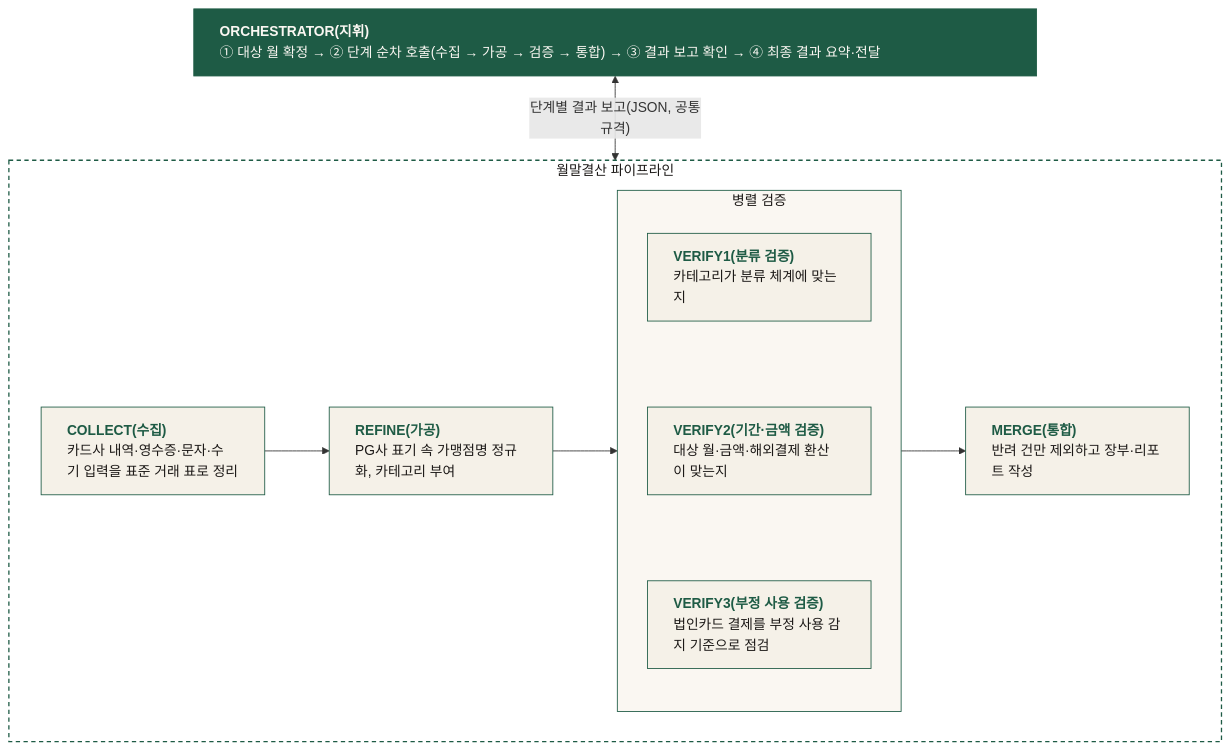
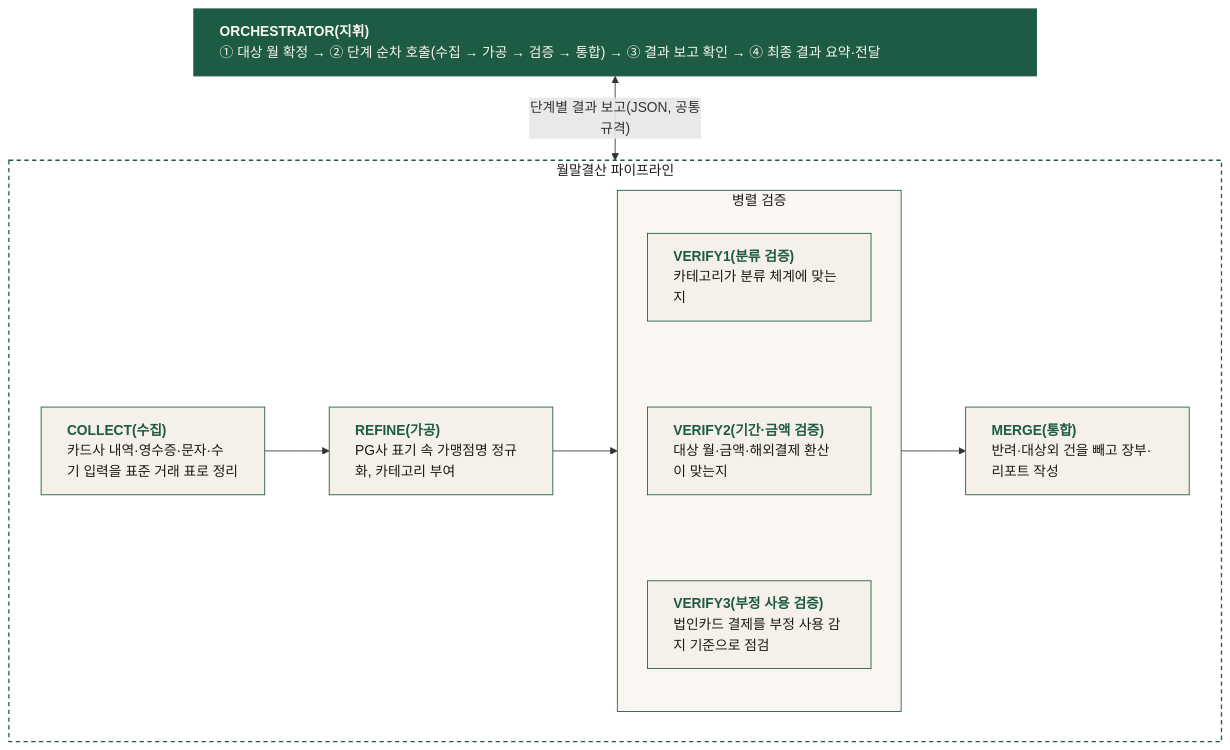
Before and after one commit to team-T6/ledger-flow: the diagram in docs/proposal.md, drawn with Mermaid. The commit also changed other lines of this file and 2 other files, not shown here.

First line of the commit message:
docs: 9/1 파이프라인 변경 반영 — 대상외 자동 제외·결제구분 미확정·카드 구분 등록

````diff
--- a/docs/proposal.md
+++ b/docs/proposal.md
@@ -30,29 +30,29 @@
 ```mermaid
 flowchart TD
     ORCH["<div style='text-align:left;min-width:920px'><b style='color:#FAF7F2'>ORCHESTRATOR(지휘)</b><br/><span style='white-space:nowrap;color:#FAF7F2'>① 대상 월 확정 → ② 단계 순차 호출(수집 → 가공 → 검증 → 통합) → ③ 결과 보고 확인 → ④ 최종 결과 요약·전달</span></div>"]
 
     subgraph PIPELINE["월말결산 파이프라인"]
         direction LR
         COLLECT["<div style='text-align:left'><b style='color:#1E5B45'>COLLECT(수집)</b><br/><span style='color:#1C1917'>카드사 내역·영수증·문자·수기 입력을 표준 거래 표로 정리</span></div>"]
         REFINE["<div style='text-align:left'><b style='color:#1E5B45'>REFINE(가공)</b><br/><span style='color:#1C1917'>PG사 표기 속 가맹점명 정규화, 카테고리 부여</span></div>"]
         subgraph VERIFY["병렬 검증"]
             direction TB
             V1["<div style='text-align:left'><b style='color:#1E5B45'>VERIFY1(분류 검증)</b><br/><span style='color:#1C1917'>카테고리가 분류 체계에 맞는지</span></div>"]
             V2["<div style='text-align:left'><b style='color:#1E5B45'>VERIFY2(기간·금액 검증)</b><br/><span style='color:#1C1917'>대상 월·금액·해외결제 환산이 맞는지</span></div>"]
             V3["<div style='text-align:left'><b style='color:#1E5B45'>VERIFY3(부정 사용 검증)</b><br/><span style='color:#1C1917'>법인카드 결제를 부정 사용 감지 기준으로 점검</span></div>"]
             V1 ~~~ V2 ~~~ V3
         end
-        MERGE["<div style='text-align:left'><b style='color:#1E5B45'>MERGE(통합)</b><br/><span style='color:#1C1917'>반려 건만 제외하고 장부·리포트 작성</span></div>"]
+        MERGE["<div style='text-align:left'><b style='color:#1E5B45'>MERGE(통합)</b><br/><span style='color:#1C1917'>반려·대상외 건을 빼고 장부·리포트 작성</span></div>"]
 
         COLLECT --> REFINE --> VERIFY --> MERGE
     end
 
     ORCH <-->|"단계별 결과 보고(JSON, 공통규격)"| PIPELINE
 
     classDef stage fill:#F5F1E8,stroke:#1E5B45,stroke-width:1px,color:#1C1917,text-align:left;
     classDef orch fill:#1E5B45,stroke:#1E5B45,stroke-width:1px,color:#FAF7F2;
     class COLLECT,REFINE,V1,V2,V3,MERGE stage;
     class ORCH orch;
     style VERIFY fill:#FAF7F2,stroke:#1E5B45,stroke-width:1px,color:#1C1917;
     style PIPELINE fill:none,stroke:#1E5B45,stroke-width:1.5px,stroke-dasharray: 5 4,color:#1C1917;
 ```
````
